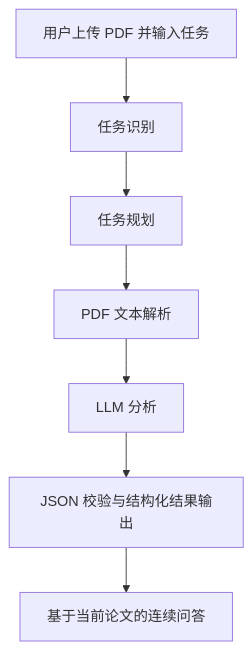
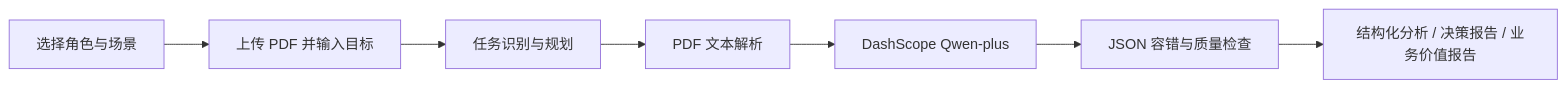
Before and after one commit to w1691721871-ui/AI-Literature: the diagram in README.md, drawn with Mermaid. The commit also changed other lines of this file and 7 other files, not shown here.

````diff
--- a/README.md
+++ b/README.md
@@ -27,9 +29,9 @@
 ```mermaid
-flowchart TD
-    A[用户上传 PDF 并输入任务] --> B[任务识别]
-    B --> C[任务规划]
+flowchart LR
+    A[选择角色与场景] --> B[上传 PDF 并输入目标]
+    B --> C[任务识别与规划]
     C --> D[PDF 文本解析]
-    D --> E[LLM 分析]
-    E --> F[JSON 校验与结构化结果输出]
-    F --> G[基于当前论文的连续问答]
+    D --> E[DashScope Qwen-plus]
+    E --> F[JSON 容错与质量检查]
+    F --> G[结构化分析 / 决策报告 / 业务价值报告]
 ```
````
